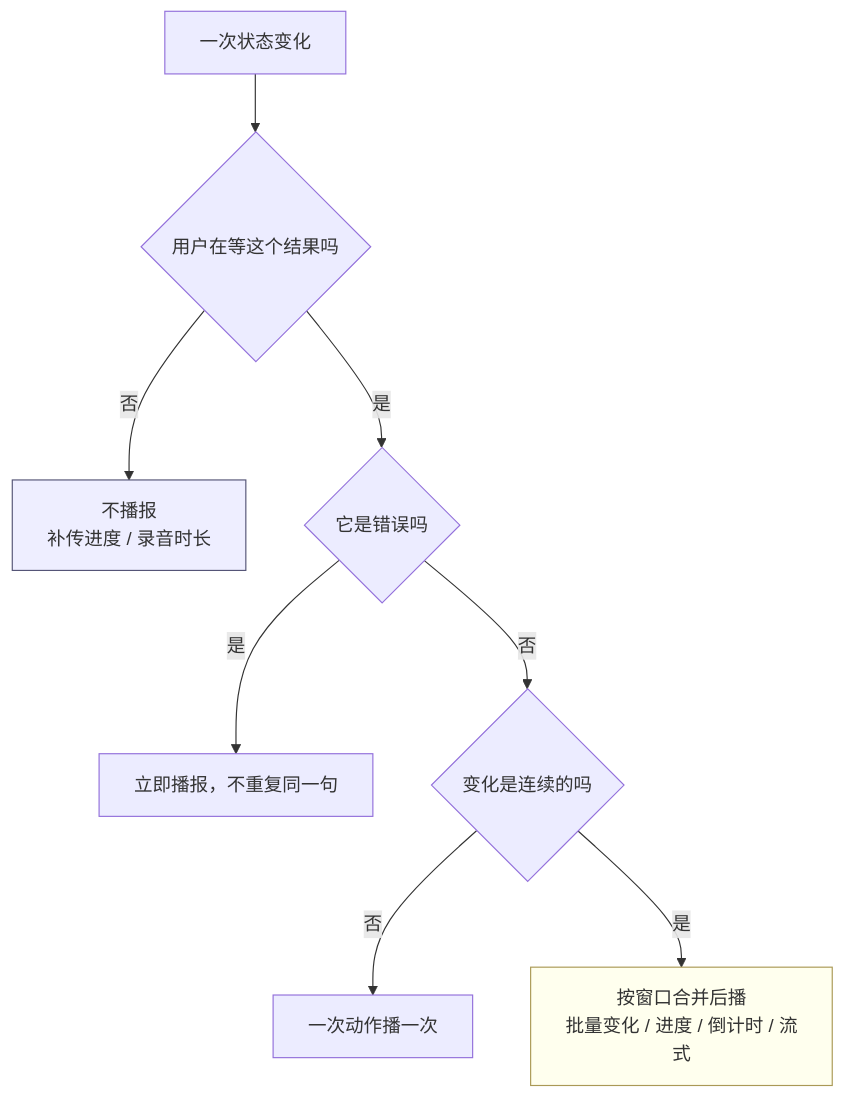
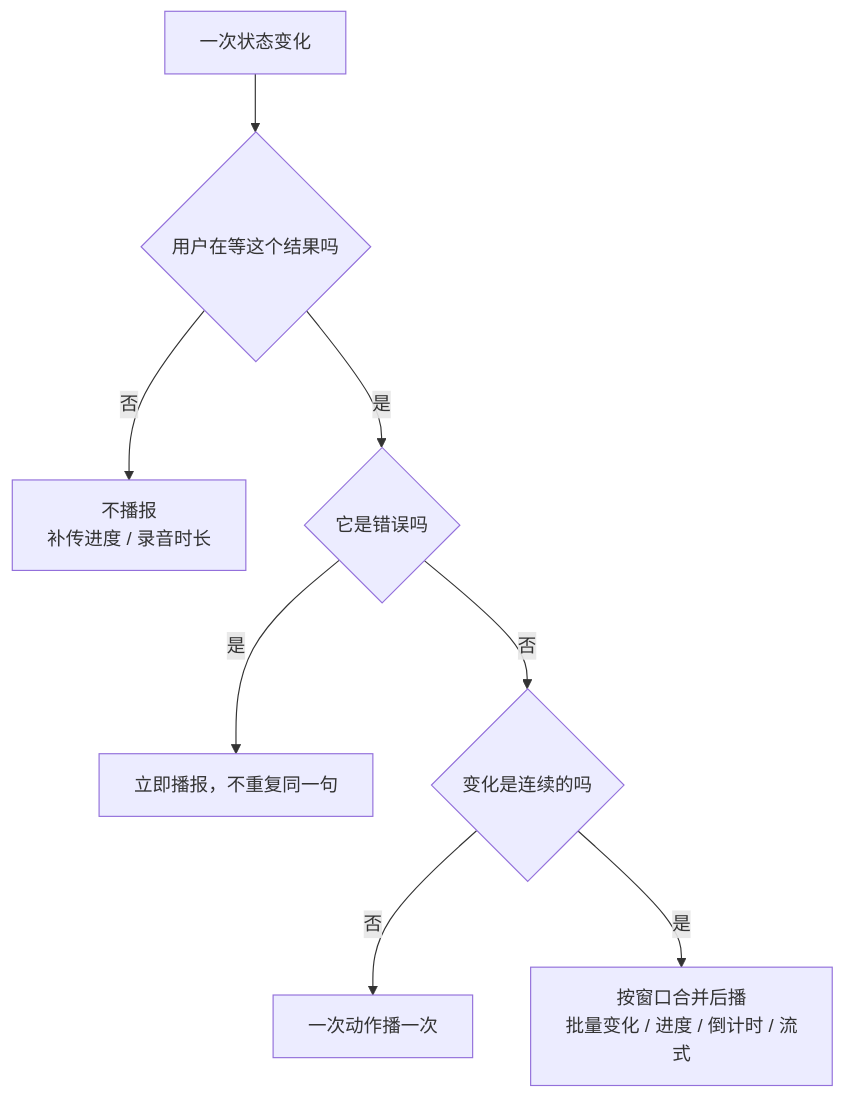
The first of 2 diagrams in docs/product/modules/M6-端与形态/U6.4-无障碍下限.md (chenyuanjin/kubic), drawn with Mermaid before and after one commit. The commit also changed 14 other files, not shown here.

First line of the commit message:
KUBI-76 终审第一批:M0-G2 落败方补齐 + TS-08 转录纠错 + 搜索端点残留 + 流程图去色

````diff
--- a/docs/product/modules/M6-端与形态/U6.4-无障碍下限.md
+++ b/docs/product/modules/M6-端与形态/U6.4-无障碍下限.md
@@ -96,13 +96,11 @@
 ```mermaid
 flowchart TD
     A["一次状态变化"] --> B{"用户在等这个结果吗"}
     B -- 否 --> C["不播报<br/>补传进度 / 录音时长"]
     B -- 是 --> D{"它是错误吗"}
     D -- 是 --> E["立即播报，不重复同一句"]
     D -- 否 --> F{"变化是连续的吗"}
     F -- 否 --> G["一次动作播一次"]
     F -- 是 --> H["按窗口合并后播<br/>批量变化 / 进度 / 倒计时 / 流式"]
 
-    style C fill:#eef,stroke:#557
-    style H fill:#ffe,stroke:#a95
 ```
````
